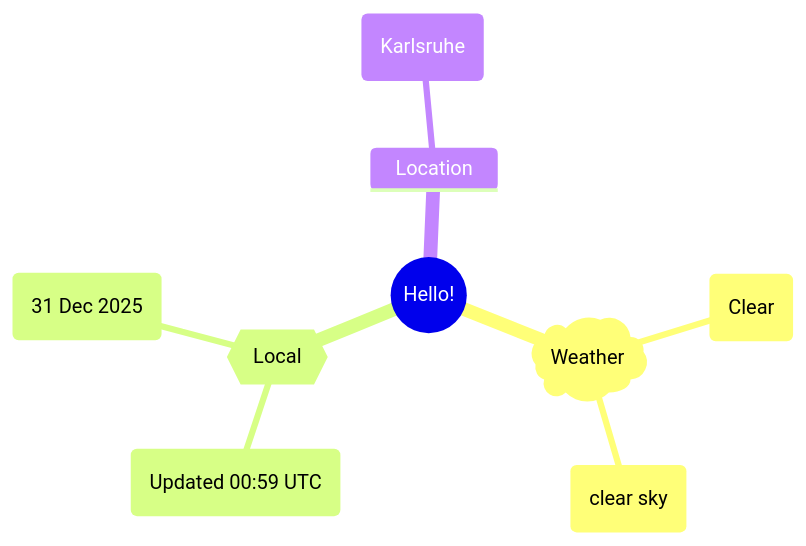
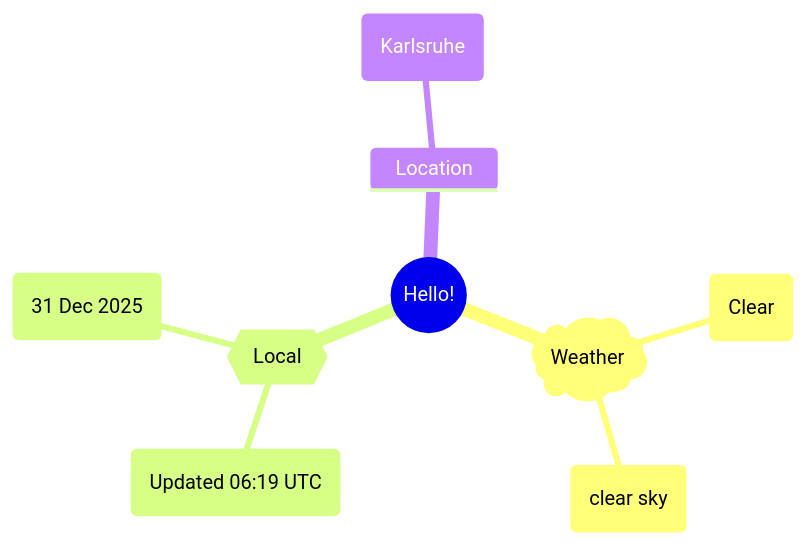
One commit to Xosrov/Xosrov changed the first of 2 diagrams in README.md. Above: the diagram before and after it, drawn with Mermaid.

Commit message:
[bot] updated images

````diff
--- a/README.md
+++ b/README.md
@@ -3,12 +3,12 @@
 ```mermaid
 mindmap
   root((Hello!))
     )Weather(
         (Clear)
         (clear sky)
     {{Local}}
-        (Updated 00:59 UTC)
+        (Updated 06:19 UTC)
         (31 Dec 2025)
     Location
         (Karlsruhe)
 ```
````
